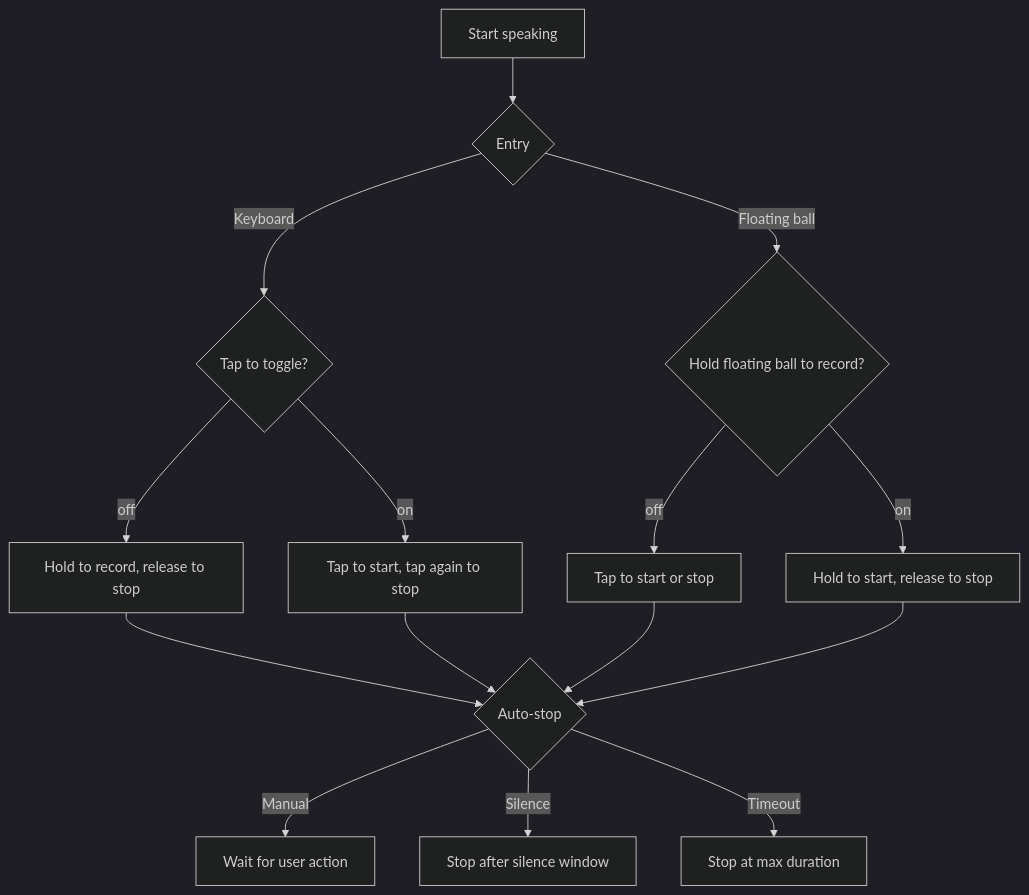
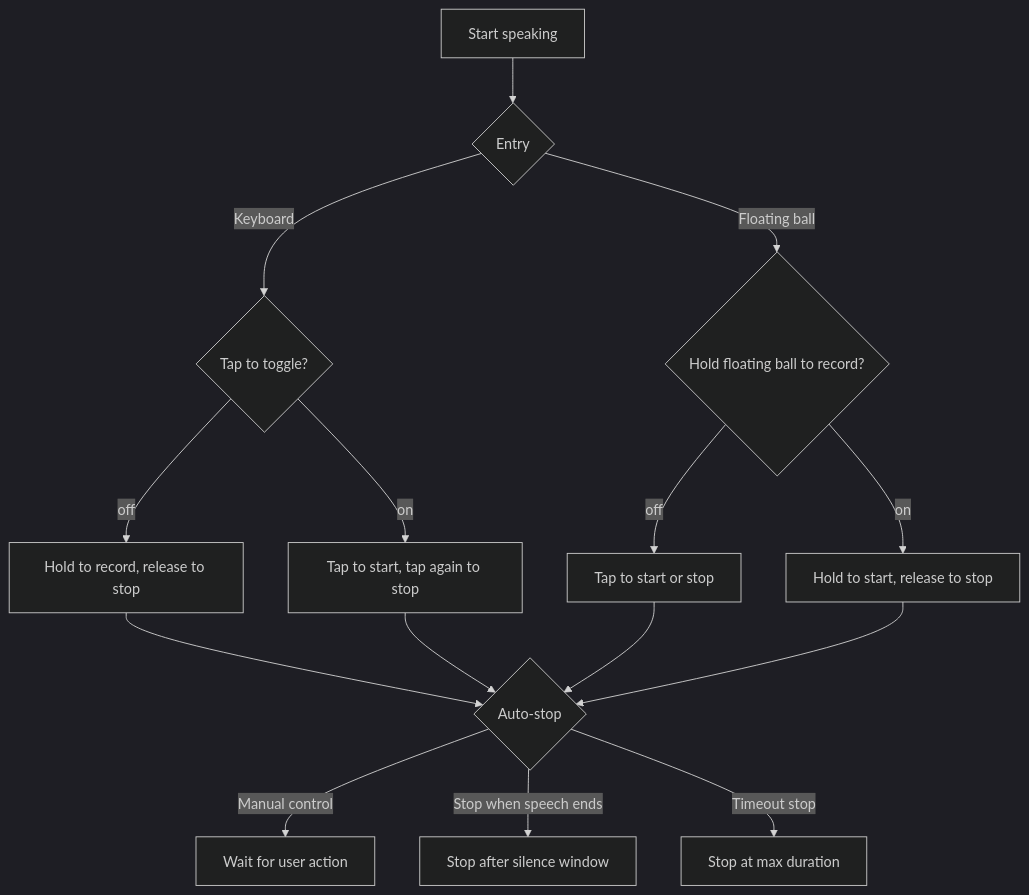
One commit to BryceWG/BiBi-Keyboard-Docs changed the diagram in en/features/recording-modes.md. Above: the diagram before and after it, drawn with Mermaid (dark theme). The commit also changed other lines of this file and 44 other files, not shown here.

````diff
--- a/en/features/recording-modes.md
+++ b/en/features/recording-modes.md
@@ -12,18 +12,18 @@
 ```mermaid
 flowchart TD
   start[Start speaking] --> where{Entry}
   where -->|Keyboard| ime{Tap to toggle?}
   ime -->|off| hold[Hold to record, release to stop]
   ime -->|on| tap[Tap to start, tap again to stop]
   where -->|Floating ball| ball{Hold floating ball to record?}
   ball -->|off| tapBall[Tap to start or stop]
   ball -->|on| holdBall[Hold to start, release to stop]
   hold --> stopHow
   tap --> stopHow
   tapBall --> stopHow
   holdBall --> stopHow
   stopHow{Auto-stop}
-  stopHow -->|Manual| userStop[Wait for user action]
-  stopHow -->|Silence| vad[Stop after silence window]
-  stopHow -->|Timeout| timeout[Stop at max duration]
+  stopHow -->|Manual control| userStop[Wait for user action]
+  stopHow -->|Stop when speech ends| vad[Stop after silence window]
+  stopHow -->|Timeout stop| timeout[Stop at max duration]
 ```
````
